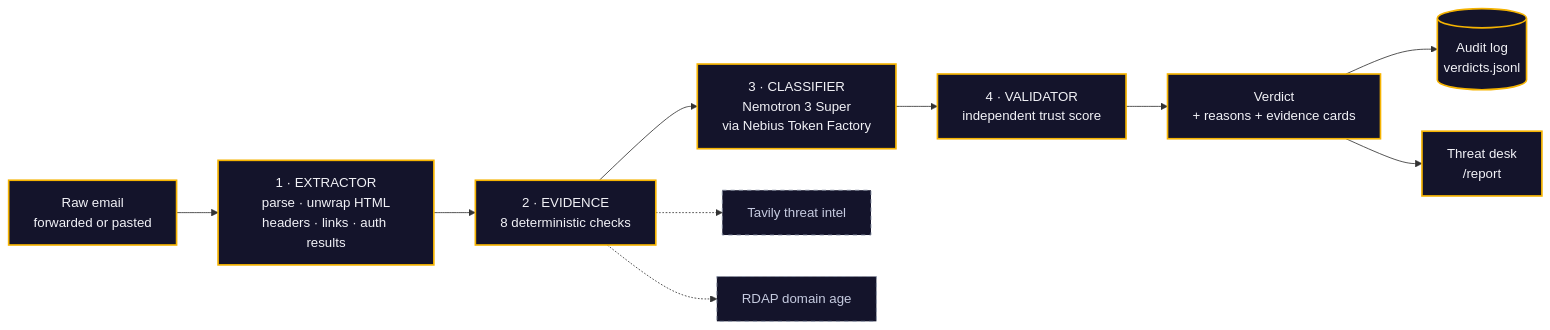
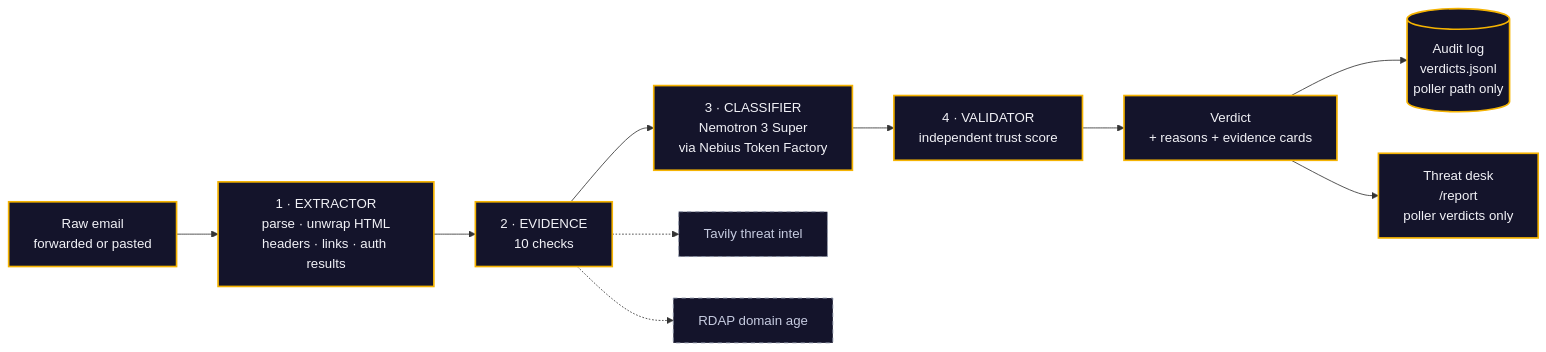
The first of 3 diagrams in README.md (shivoymalhotra9-wq/Agentic-AI-Cyber-App), drawn with Mermaid before and after one commit. The commit also changed other lines of this file, not shown here.

````diff
--- a/README.md
+++ b/README.md
@@ -32,16 +32,16 @@
 ```mermaid
 flowchart LR
     A["Raw email<br/>forwarded or pasted"] --> B["1 · EXTRACTOR<br/>parse · unwrap HTML<br/>headers · links · auth results"]
-    B --> C["2 · EVIDENCE<br/>8 deterministic checks"]
+    B --> C["2 · EVIDENCE<br/>10 checks"]
     C --> D["3 · CLASSIFIER<br/>Nemotron 3 Super<br/>via Nebius Token Factory"]
     D --> E["4 · VALIDATOR<br/>independent trust score"]
     E --> F["Verdict<br/>+ reasons + evidence cards"]
-    F --> G[("Audit log<br/>verdicts.jsonl")]
-    F --> H["Threat desk<br/>/report"]
+    F --> G[("Audit log<br/>verdicts.jsonl<br/>poller path only")]
+    F --> H["Threat desk<br/>/report<br/>poller verdicts only"]
     C -.-> I["Tavily threat intel"]
     C -.-> J["RDAP domain age"]
     classDef core fill:#14142b,stroke:#f5b301,color:#f2f2f7,stroke-width:2px
     classDef intel fill:#14142b,stroke:#8a93a6,color:#c6cbe0,stroke-dasharray:5 5
     class A,B,C,D,E,F,G,H core
     class I,J intel
 ```
````
